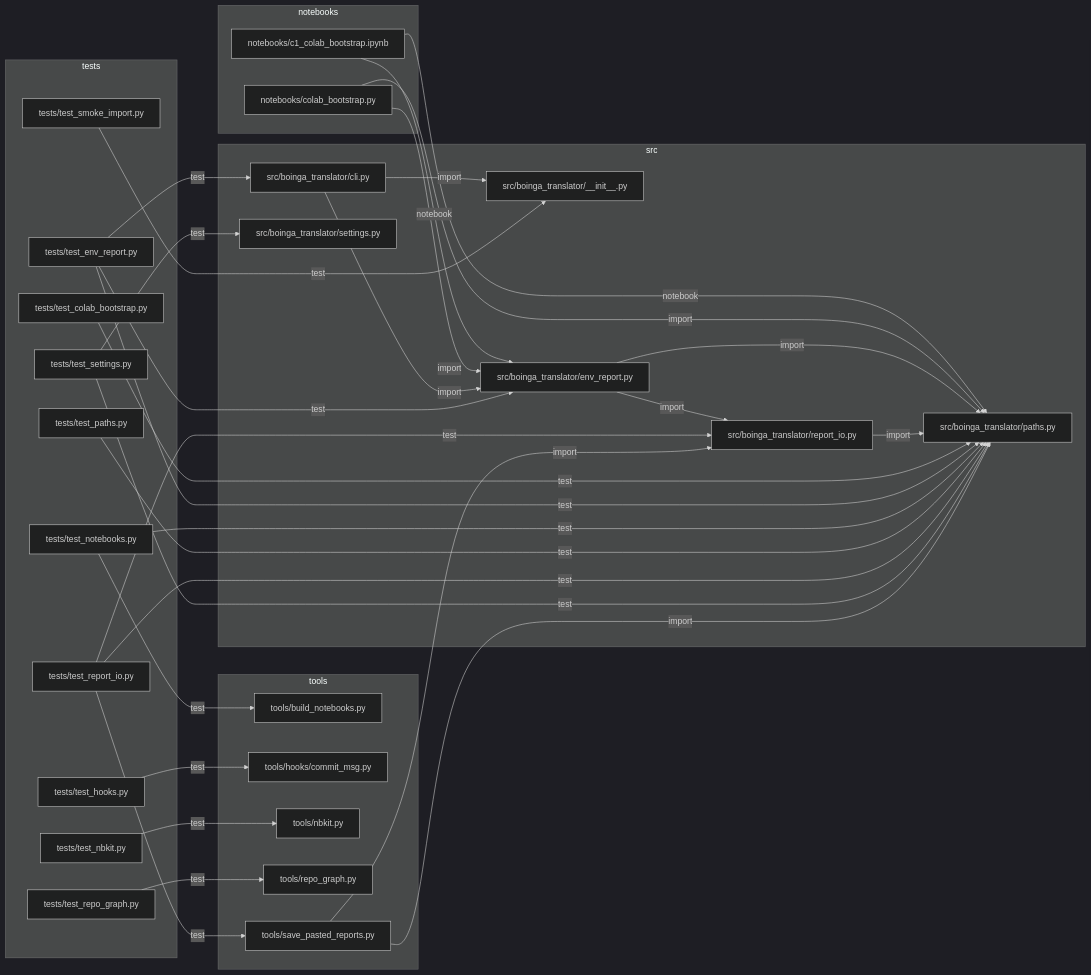
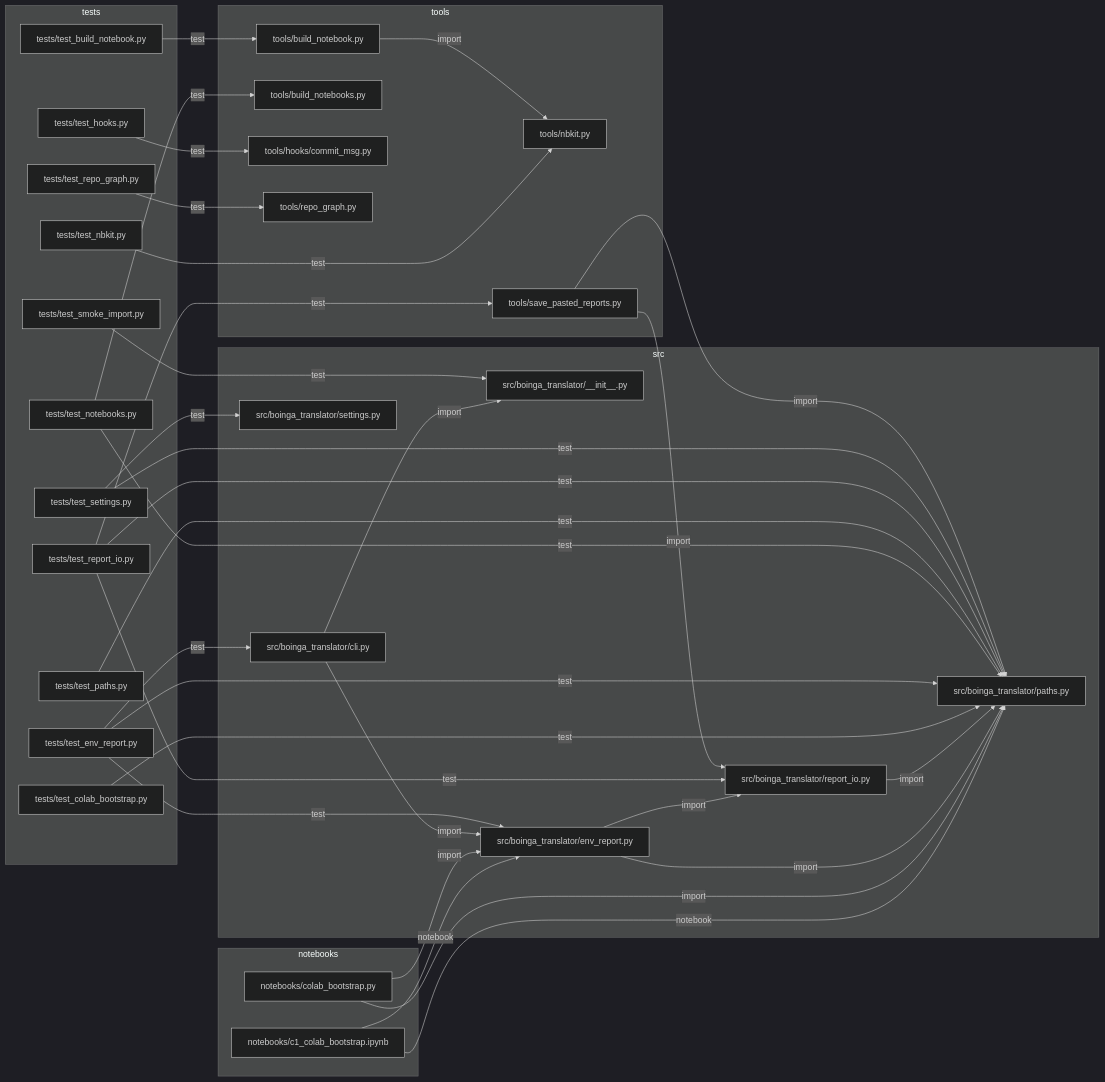
One commit to asparagusD/boinga-translator changed the diagram in docs/REPO_GRAPH.md. Above: the diagram before and after it, drawn with Mermaid (dark theme). The commit also changed other lines of this file and 6 other files, not shown here.

````diff
--- a/docs/REPO_GRAPH.md
+++ b/docs/REPO_GRAPH.md
@@ -72,61 +74,65 @@
 ```mermaid
 graph LR
   subgraph sg_notebooks["notebooks"]
     n_notebooks_c1_colab_bootstrap_ipynb["notebooks/c1_colab_bootstrap.ipynb"]
     n_notebooks_colab_bootstrap_py["notebooks/colab_bootstrap.py"]
   end
   subgraph sg_src["src"]
     n_src_boinga_translator___init___py["src/boinga_translator/__init__.py"]
     n_src_boinga_translator_cli_py["src/boinga_translator/cli.py"]
     n_src_boinga_translator_env_report_py["src/boinga_translator/env_report.py"]
     n_src_boinga_translator_paths_py["src/boinga_translator/paths.py"]
     n_src_boinga_translator_report_io_py["src/boinga_translator/report_io.py"]
     n_src_boinga_translator_settings_py["src/boinga_translator/settings.py"]
   end
   subgraph sg_tests["tests"]
+    n_tests_test_build_notebook_py["tests/test_build_notebook.py"]
     n_tests_test_colab_bootstrap_py["tests/test_colab_bootstrap.py"]
     n_tests_test_env_report_py["tests/test_env_report.py"]
     n_tests_test_hooks_py["tests/test_hooks.py"]
     n_tests_test_nbkit_py["tests/test_nbkit.py"]
     n_tests_test_notebooks_py["tests/test_notebooks.py"]
     n_tests_test_paths_py["tests/test_paths.py"]
     n_tests_test_repo_graph_py["tests/test_repo_graph.py"]
     n_tests_test_report_io_py["tests/test_report_io.py"]
     n_tests_test_settings_py["tests/test_settings.py"]
     n_tests_test_smoke_import_py["tests/test_smoke_import.py"]
   end
   subgraph sg_tools["tools"]
+    n_tools_build_notebook_py["tools/build_notebook.py"]
     n_tools_build_notebooks_py["tools/build_notebooks.py"]
     n_tools_hooks_commit_msg_py["tools/hooks/commit_msg.py"]
     n_tools_nbkit_py["tools/nbkit.py"]
     n_tools_repo_graph_py["tools/repo_graph.py"]
     n_tools_save_pasted_reports_py["tools/save_pasted_reports.py"]
   end
   n_notebooks_c1_colab_bootstrap_ipynb -->|notebook| n_src_boinga_translator_env_report_py
   n_notebooks_c1_colab_bootstrap_ipynb -->|notebook| n_src_boinga_translator_paths_py
   n_notebooks_colab_bootstrap_py -->|import| n_src_boinga_translator_env_report_py
   n_notebooks_colab_bootstrap_py -->|import| n_src_boinga_translator_paths_py
   n_src_boinga_translator_cli_py -->|import| n_src_boinga_translator___init___py
   n_src_boinga_translator_cli_py -->|import| n_src_boinga_translator_env_report_py
   n_src_boinga_translator_env_report_py -->|import| n_src_boinga_translator_paths_py
   n_src_boinga_translator_env_report_py -->|import| n_src_boinga_translator_report_io_py
   n_src_boinga_translator_report_io_py -->|import| n_src_boinga_translator_paths_py
+  n_tests_test_build_notebook_py -->|test| n_tools_build_notebook_py
   n_tests_test_colab_bootstrap_py -->|test| n_src_boinga_translator_paths_py
   n_tests_test_env_report_py -->|test| n_src_boinga_translator_cli_py
   n_tests_test_env_report_py -->|test| n_src_boinga_translator_env_report_py
   n_tests_test_env_report_py -->|test| n_src_boinga_translator_paths_py
   n_tests_test_hooks_py -->|test| n_tools_hooks_commit_msg_py
   n_tests_test_nbkit_py -->|test| n_tools_nbkit_py
   n_tests_test_notebooks_py -->|test| n_src_boinga_translator_paths_py
   n_tests_test_notebooks_py -->|test| n_tools_build_notebooks_py
   n_tests_test_paths_py -->|test| n_src_boinga_translator_paths_py
   n_tests_test_repo_graph_py -->|test| n_tools_repo_graph_py
   n_tests_test_report_io_py -->|test| n_src_boinga_translator_paths_py
   n_tests_test_report_io_py -->|test| n_src_boinga_translator_report_io_py
   n_tests_test_report_io_py -->|test| n_tools_save_pasted_reports_py
   n_tests_test_settings_py -->|test| n_src_boinga_translator_paths_py
   n_tests_test_settings_py -->|test| n_src_boinga_translator_settings_py
   n_tests_test_smoke_import_py -->|test| n_src_boinga_translator___init___py
+  n_tools_build_notebook_py -->|import| n_tools_nbkit_py
   n_tools_save_pasted_reports_py -->|import| n_src_boinga_translator_paths_py
   n_tools_save_pasted_reports_py -->|import| n_src_boinga_translator_report_io_py
 ```
````
